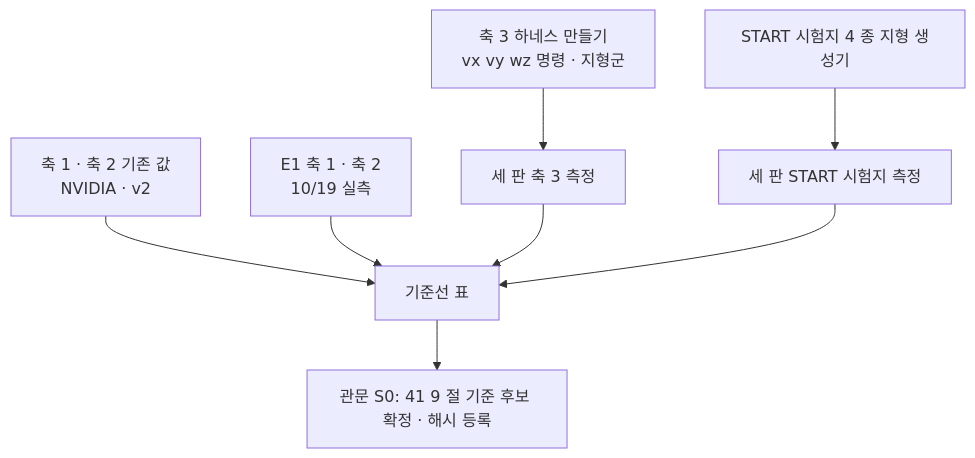
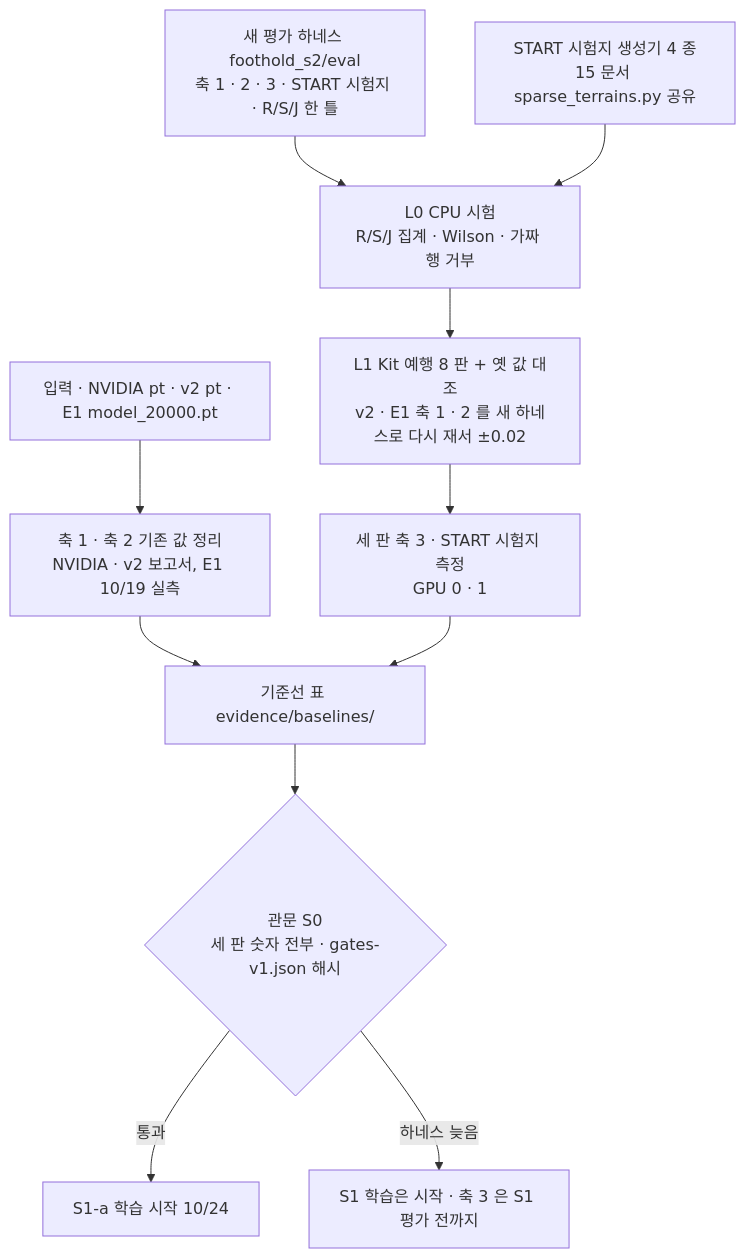
One commit to foothold-project/foothold-lab changed the diagram in inbox/jay/20261019-design/51-S0-BASELINES.md. Above: the diagram before and after it, drawn with Mermaid. The commit also changed other lines of this file and 25 other files, not shown here.

````diff
--- a/inbox/jay/20261019-design/51-S0-BASELINES.md
+++ b/inbox/jay/20261019-design/51-S0-BASELINES.md
@@ -9,10 +15,13 @@
 ```mermaid
 flowchart TB
-  A[축 1 · 축 2 기존 값<br/>NVIDIA · v2] --> T[기준선 표]
-  B[E1 축 1 · 축 2<br/>10/19 실측] --> T
-  C[축 3 하네스 만들기<br/>vx vy wz 명령 · 지형군] --> D[세 판 축 3 측정]
-  D --> T
-  E[START 시험지 4 종 지형 생성기] --> F[세 판 START 시험지 측정]
-  F --> T
-  T --> G[관문 S0: 41 9 절 기준 후보 확정 · 해시 등록]
+  IN[입력 · NVIDIA pt · v2 pt · E1 model_20000.pt] --> A[축 1 · 축 2 기존 값 정리<br/>NVIDIA · v2 보고서, E1 10/19 실측]
+  H3[새 평가 하네스 foothold_s2/eval<br/>축 1 · 2 · 3 · START 시험지 · R/S/J 한 틀] --> L0[L0 CPU 시험<br/>R/S/J 집계 · Wilson · 가짜 행 거부]
+  ST[START 시험지 생성기 4 종<br/>15 문서 sparse_terrains.py 공유] --> L0
+  L0 --> L1[L1 Kit 예행 8 판 + 옛 값 대조<br/>v2 · E1 축 1 · 2 를 새 하네스로 다시 재서 ±0.02]
+  L1 --> M[세 판 축 3 · START 시험지 측정<br/>GPU 0 · 1]
+  A --> T[기준선 표 evidence/baselines/]
+  M --> T
+  T --> G{관문 S0<br/>세 판 숫자 전부 · gates-v1.json 해시}
+  G -->|통과| S1[S1-a 학습 시작 10/24]
+  G -->|하네스 늦음| P[S1 학습은 시작 · 축 3 은 S1 평가 전까지]
 ```
````
